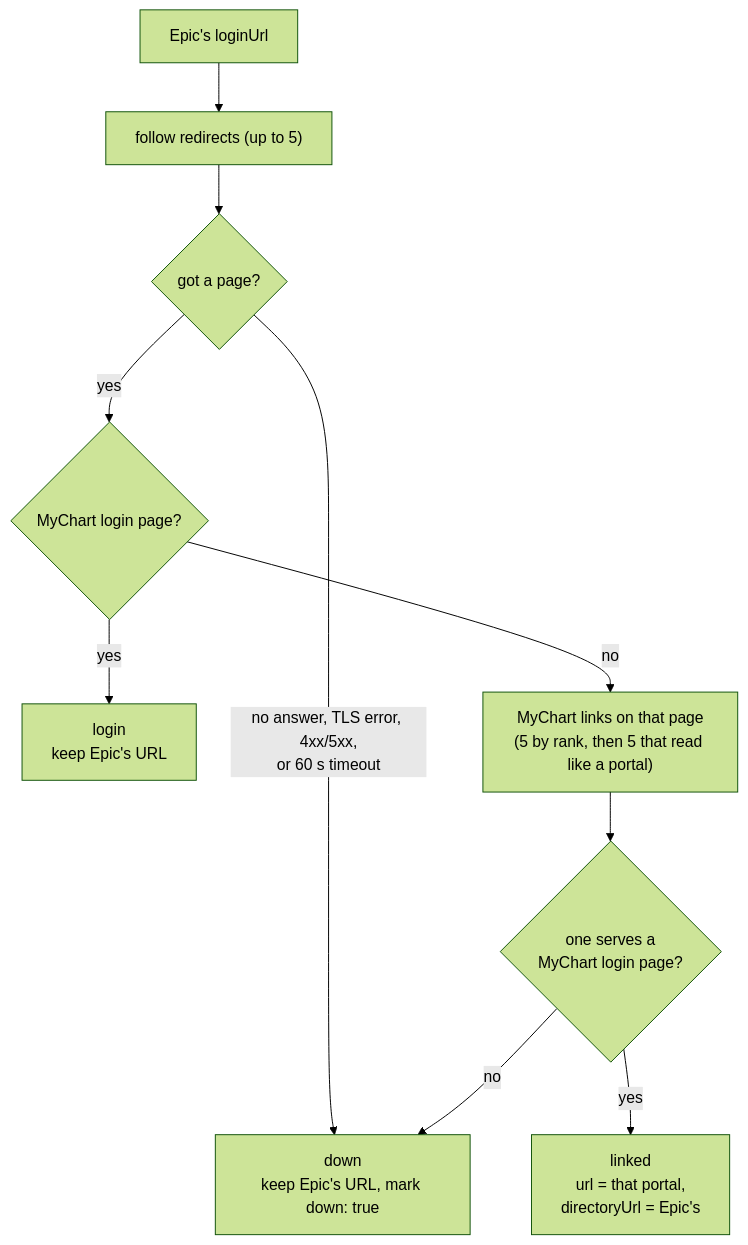
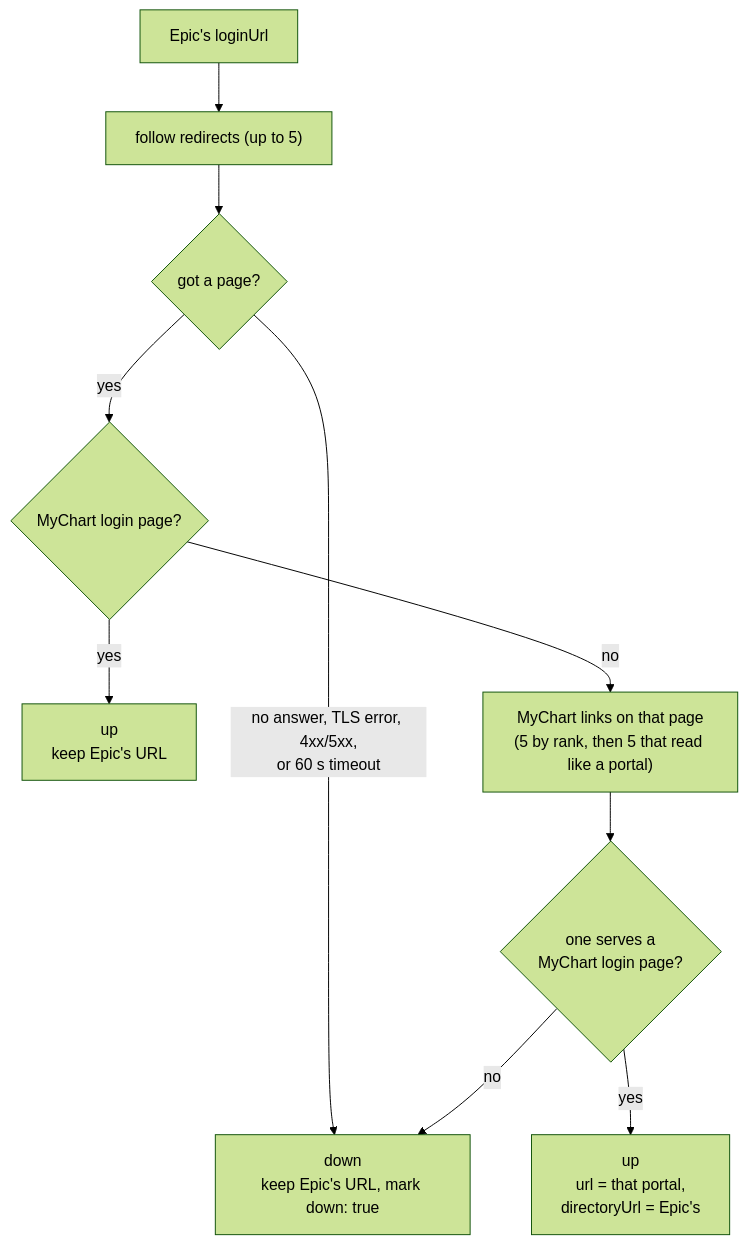
One commit to Fan-Pier-Labs/openrecord changed the third of 3 diagrams in scrapers/list-all-mycharts/HOW-IT-WORKS.md. Above: the diagram before and after it, drawn with Mermaid (forest theme). The commit also changed 3 other files, not shown here.

First line of the commit message:
A login URL check is up or down

````diff
--- a/scrapers/list-all-mycharts/HOW-IT-WORKS.md
+++ b/scrapers/list-all-mycharts/HOW-IT-WORKS.md
@@ -44,12 +44,12 @@
 ```mermaid
 flowchart TD
     start["Epic's loginUrl"] --> follow["follow redirects (up to 5)"]
     follow --> reached{"got a page?"}
     reached -- "no answer, TLS error, 4xx/5xx,<br/>or 60 s timeout" --> down["down<br/>keep Epic's URL, mark down: true"]
     reached -- yes --> isLogin{"MyChart login page?"}
-    isLogin -- yes --> login["login<br/>keep Epic's URL"]
+    isLogin -- yes --> login["up<br/>keep Epic's URL"]
     isLogin -- no --> links["MyChart links on that page<br/>(5 by rank, then 5 that read like a portal)"]
     links --> linkLogin{"one serves a<br/>MyChart login page?"}
-    linkLogin -- yes --> linked["linked<br/>url = that portal,<br/>directoryUrl = Epic's"]
+    linkLogin -- yes --> linked["up<br/>url = that portal,<br/>directoryUrl = Epic's"]
     linkLogin -- no --> down
 ```
````
